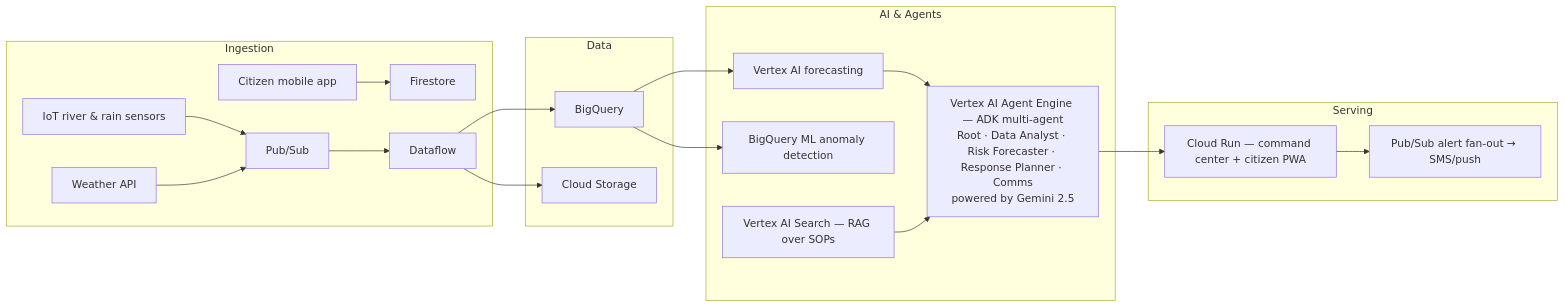
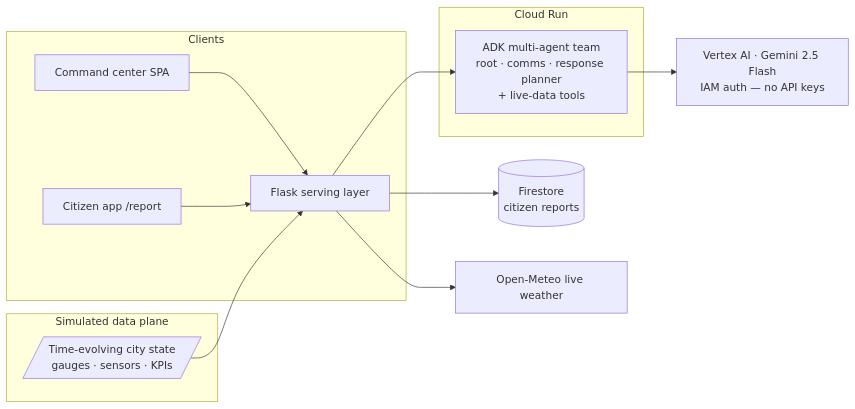
The diagram in README.md (limaxel/resilienceai-rebiit), drawn with Mermaid before and after one commit. The commit also changed other lines of this file and 6 other files, not shown here.

First line of the commit message:
ADK multi-agent backend + citizen mobile reporting app

````diff
--- a/README.md
+++ b/README.md
@@ -36,23 +36,17 @@
 ```mermaid
 flowchart LR
-  subgraph Ingestion
-    S[IoT river & rain sensors] --> PS[Pub/Sub]
-    W[Weather API] --> PS
-    C[Citizen mobile app] --> FS[Firestore]
-    PS --> DF[Dataflow]
+  subgraph Clients
+    CC[Command center SPA] --> CR
+    CA[Citizen app /report] --> CR
   end
-  subgraph Data
-    DF --> BQ[BigQuery]
-    DF --> CS[Cloud Storage]
+  subgraph Cloud Run
+    CR[Flask serving layer]
+    CR --> ADK[ADK multi-agent team<br/>root · comms · response planner<br/>+ live-data tools]
   end
-  subgraph AI & Agents
-    BQ --> V[Vertex AI forecasting]
-    BQ --> BML[BigQuery ML anomaly detection]
-    V --> AE[Vertex AI Agent Engine — ADK multi-agent<br/>Root · Data Analyst · Risk Forecaster · Response Planner · Comms<br/>powered by Gemini 2.5]
-    VS[Vertex AI Search — RAG over SOPs] --> AE
-  end
-  subgraph Serving
-    AE --> CR[Cloud Run — command center + citizen PWA]
-    CR --> AL[Pub/Sub alert fan-out → SMS/push]
+  ADK --> V[Vertex AI · Gemini 2.5 Flash<br/>IAM auth — no API keys]
+  CR --> FS[(Firestore<br/>citizen reports)]
+  CR --> OM[Open-Meteo live weather]
+  subgraph Simulated data plane
+    ST[/Time-evolving city state<br/>gauges · sensors · KPIs/] --> CR
   end
 ```
````
